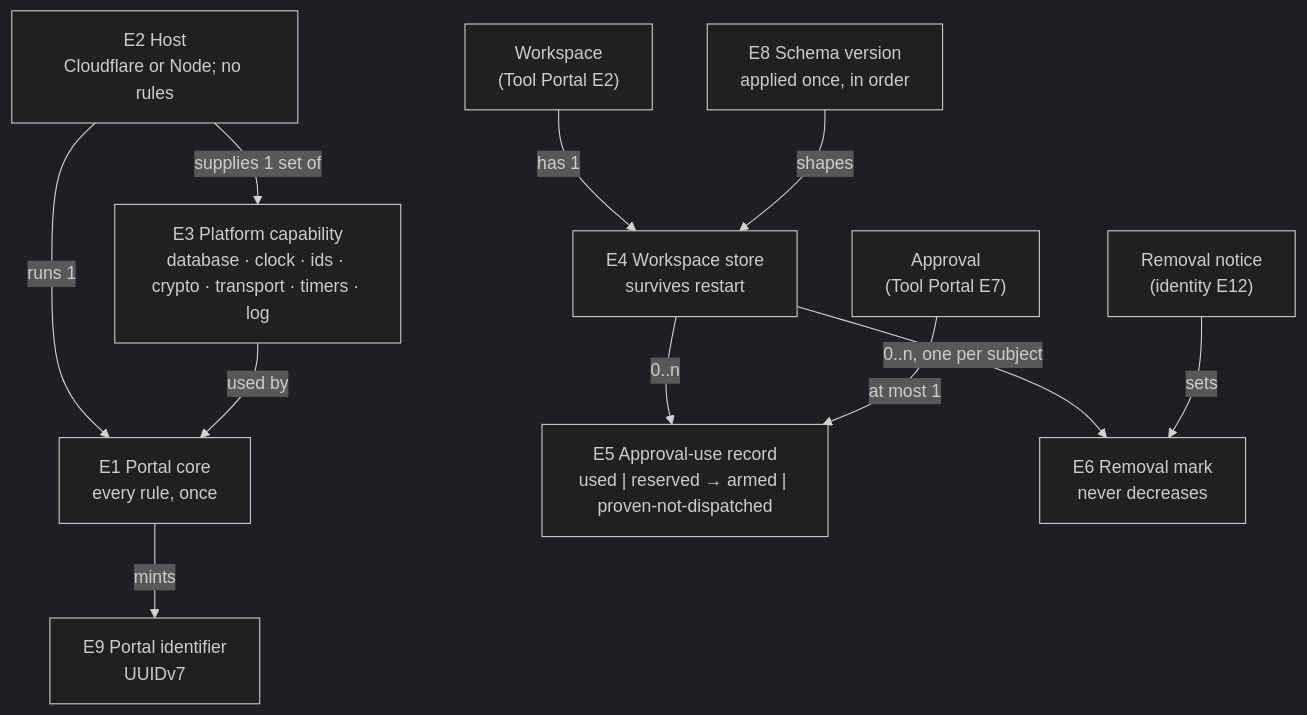
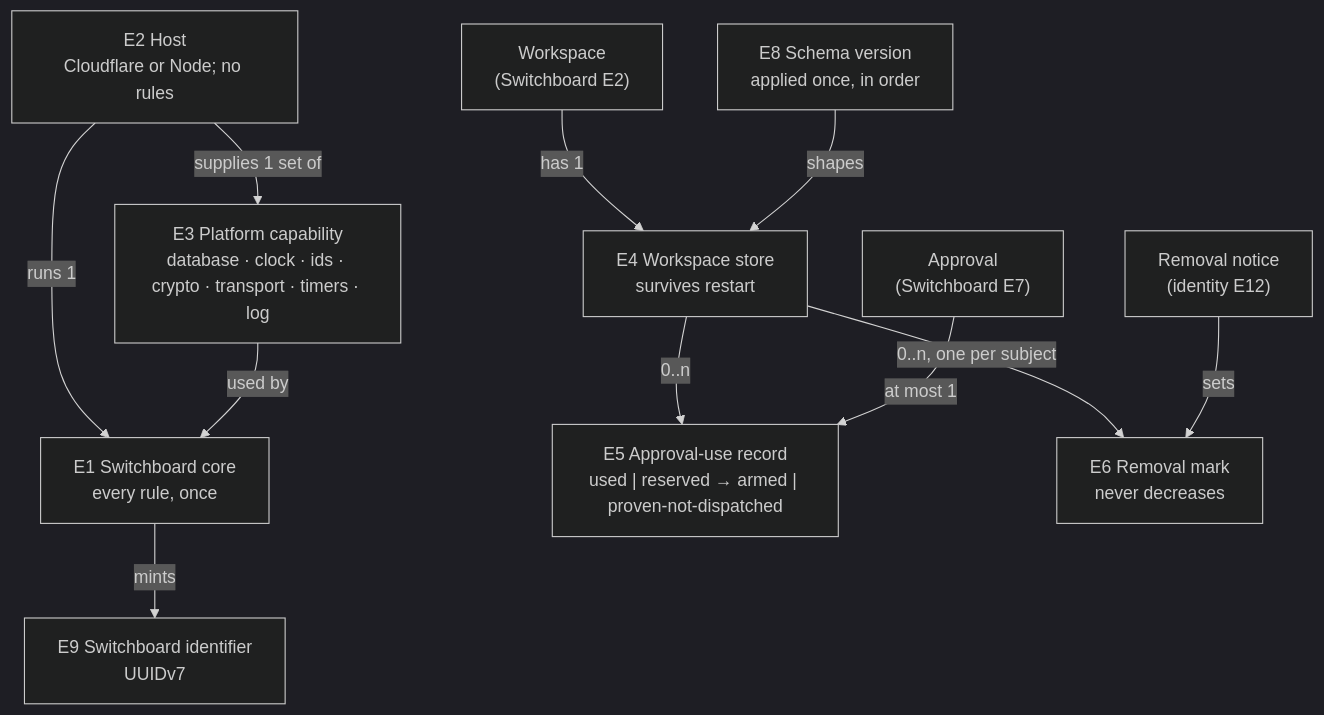
One commit to ShravanSunder/agent-vm changed the diagram in docs/specs/2026-10-24-tool-portal-remediation/specification.md. Above: the diagram before and after it, drawn with Mermaid (dark theme). The commit also changed other lines of this file and 61 other files, not shown here.

Commit message:
OD12 decided (owner, 2026-10-28): the Tool Portal is named Switchboard across the current design sets and pages; code spans, quotes and older documents unchanged; renamed heading anchors and an old remediation link repaired

````diff
--- a/docs/specs/2026-10-24-tool-portal-remediation/specification.md
+++ b/docs/specs/2026-10-24-tool-portal-remediation/specification.md
@@ -36,14 +36,14 @@
 ```mermaid
 flowchart TB
-  E1["E1 Portal core<br/>every rule, once"]
+  E1["E1 Switchboard core<br/>every rule, once"]
   E2["E2 Host<br/>Cloudflare or Node; no rules"] -->|"runs 1"| E1
   E2 -->|"supplies 1 set of"| E3["E3 Platform capability<br/>database · clock · ids · crypto · transport · timers · log"]
   E3 -->|"used by"| E1
-  WS["Workspace<br/>(Tool Portal E2)"] -->|"has 1"| E4["E4 Workspace store<br/>survives restart"]
+  WS["Workspace<br/>(Switchboard E2)"] -->|"has 1"| E4["E4 Workspace store<br/>survives restart"]
   E4 -->|"0..n"| E5["E5 Approval-use record<br/>used | reserved → armed | proven-not-dispatched"]
   E4 -->|"0..n, one per subject"| E6["E6 Removal mark<br/>never decreases"]
-  APR["Approval<br/>(Tool Portal E7)"] -->|"at most 1"| E5
+  APR["Approval<br/>(Switchboard E7)"] -->|"at most 1"| E5
   RN["Removal notice<br/>(identity E12)"] -->|"sets"| E6
   E8["E8 Schema version<br/>applied once, in order"] -->|"shapes"| E4
-  E1 -->|"mints"| E9["E9 Portal identifier<br/>UUIDv7"]
+  E1 -->|"mints"| E9["E9 Switchboard identifier<br/>UUIDv7"]
 ```
````
